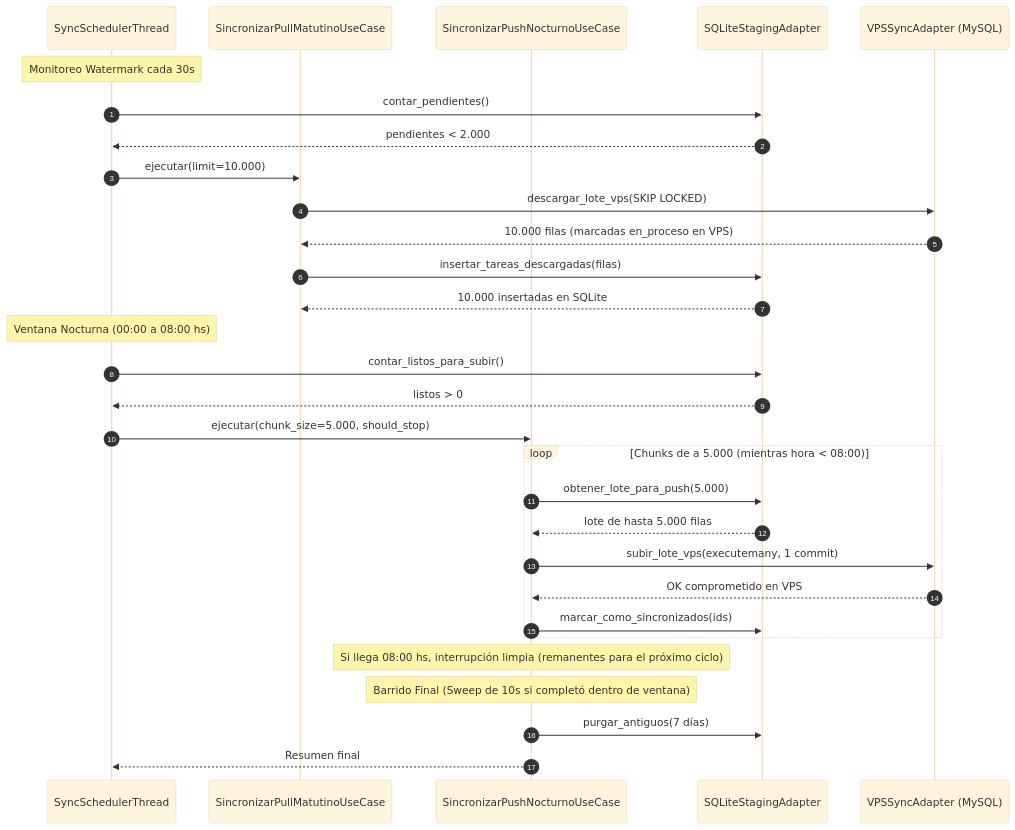
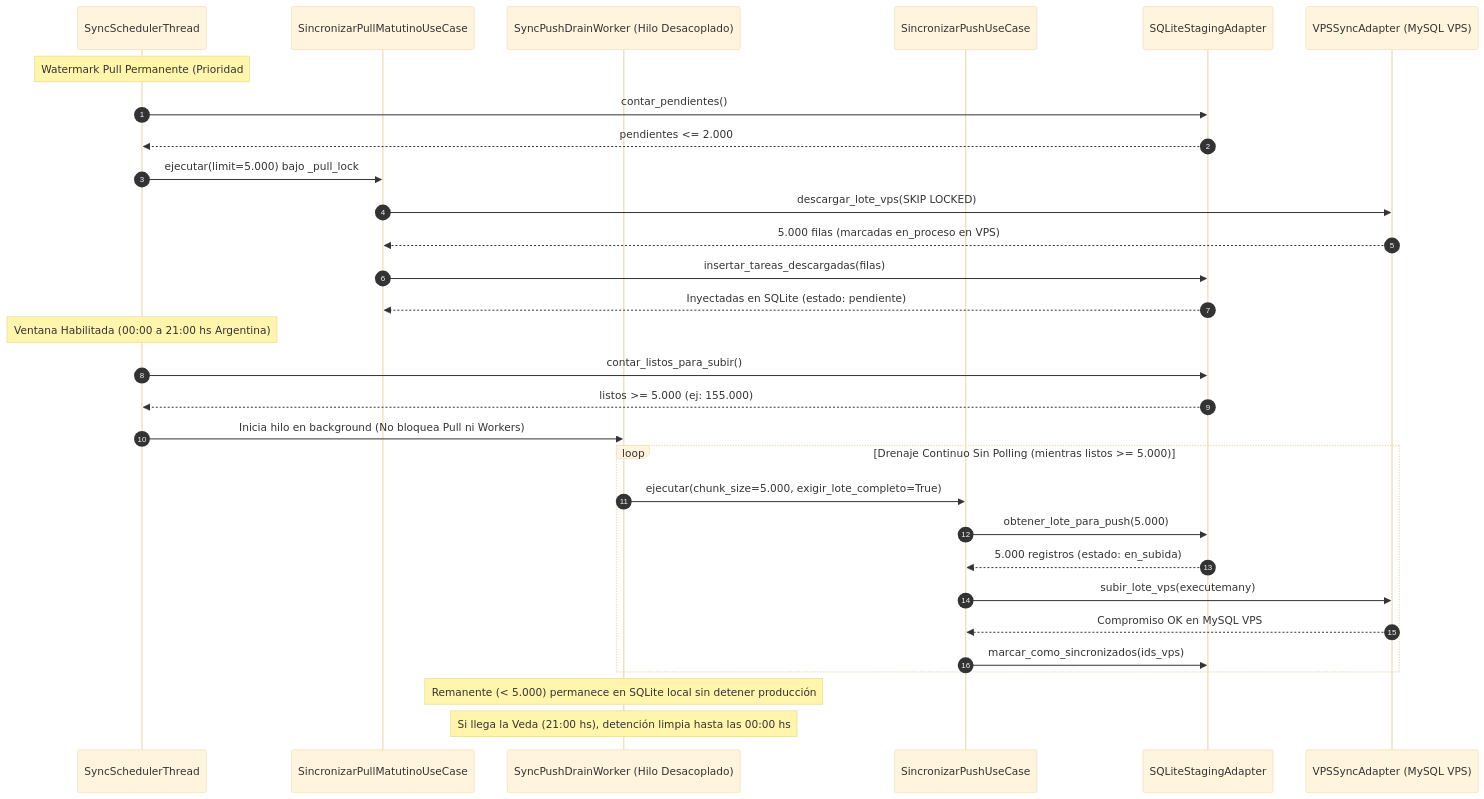
The diagram in docs/02_dominio_y_casos_de_uso/casos_uso_sincronizacion.md (CofradiaGS/scrapers-reg-no-llame), drawn with Mermaid (base theme) before and after one commit. The commit also changed other lines of this file and 66 other files, not shown here.

````diff
--- a/docs/02_dominio_y_casos_de_uso/casos_uso_sincronizacion.md
+++ b/docs/02_dominio_y_casos_de_uso/casos_uso_sincronizacion.md
@@ -11,34 +11,34 @@
 ```mermaid
 sequenceDiagram
     autonumber
     participant SyncSched as SyncSchedulerThread
     participant PullUC as SincronizarPullMatutinoUseCase
-    participant PushUC as SincronizarPushNocturnoUseCase
+    participant PushDrain as SyncPushDrainWorker (Hilo Desacoplado)
+    participant PushUC as SincronizarPushUseCase
     participant LocalRepo as SQLiteStagingAdapter
-    participant RemoteRepo as VPSSyncAdapter (MySQL)
+    participant RemoteRepo as VPSSyncAdapter (MySQL VPS)
 
-    Note over SyncSched: Monitoreo Watermark cada 30s
+    Note over SyncSched: Watermark Pull Permanente (Prioridad #1)
     SyncSched->>LocalRepo: contar_pendientes()
-    LocalRepo-->>SyncSched: pendientes < 2.000
-    SyncSched->>PullUC: ejecutar(limit=10.000)
+    LocalRepo-->>SyncSched: pendientes <= 2.000
+    SyncSched->>PullUC: ejecutar(limit=5.000) bajo _pull_lock
     PullUC->>RemoteRepo: descargar_lote_vps(SKIP LOCKED)
-    RemoteRepo-->>PullUC: 10.000 filas (marcadas en_proceso en VPS)
+    RemoteRepo-->>PullUC: 5.000 filas (marcadas en_proceso en VPS)
     PullUC->>LocalRepo: insertar_tareas_descargadas(filas)
-    LocalRepo-->>PullUC: 10.000 insertadas en SQLite
+    LocalRepo-->>PullUC: Inyectadas en SQLite (estado: pendiente)
 
-    Note over SyncSched: Ventana Nocturna (00:00 a 08:00 hs)
+    Note over SyncSched: Ventana Habilitada (00:00 a 21:00 hs Argentina)
     SyncSched->>LocalRepo: contar_listos_para_subir()
-    LocalRepo-->>SyncSched: listos > 0
-    SyncSched->>PushUC: ejecutar(chunk_size=5.000, should_stop)
-    loop Chunks de a 5.000 (mientras hora < 08:00)
+    LocalRepo-->>SyncSched: listos >= 5.000 (ej: 155.000)
+    SyncSched->>PushDrain: Inicia hilo en background (No bloquea Pull ni Workers)
+    loop Drenaje Continuo Sin Polling (mientras listos >= 5.000)
+        PushDrain->>PushUC: ejecutar(chunk_size=5.000, exigir_lote_completo=True)
         PushUC->>LocalRepo: obtener_lote_para_push(5.000)
-        LocalRepo-->>PushUC: lote de hasta 5.000 filas
-        PushUC->>RemoteRepo: subir_lote_vps(executemany, 1 commit)
-        RemoteRepo-->>PushUC: OK comprometido en VPS
-        PushUC->>LocalRepo: marcar_como_sincronizados(ids)
+        LocalRepo-->>PushUC: 5.000 registros (estado: en_subida)
+        PushUC->>RemoteRepo: subir_lote_vps(executemany)
+        RemoteRepo-->>PushUC: Compromiso OK en MySQL VPS
+        PushUC->>LocalRepo: marcar_como_sincronizados(ids_vps)
     end
-    Note over PushUC: Si llega 08:00 hs, interrupción limpia (remanentes para el próximo ciclo)
-    Note over PushUC: Barrido Final (Sweep de 10s si completó dentro de ventana)
-    PushUC->>LocalRepo: purgar_antiguos(7 días)
-    PushUC-->>SyncSched: Resumen final
+    Note over PushDrain: Remanente (< 5.000) permanece en SQLite local sin detener producción
+    Note over PushDrain: Si llega la Veda (21:00 hs), detención limpia hasta las 00:00 hs
 ```
````
